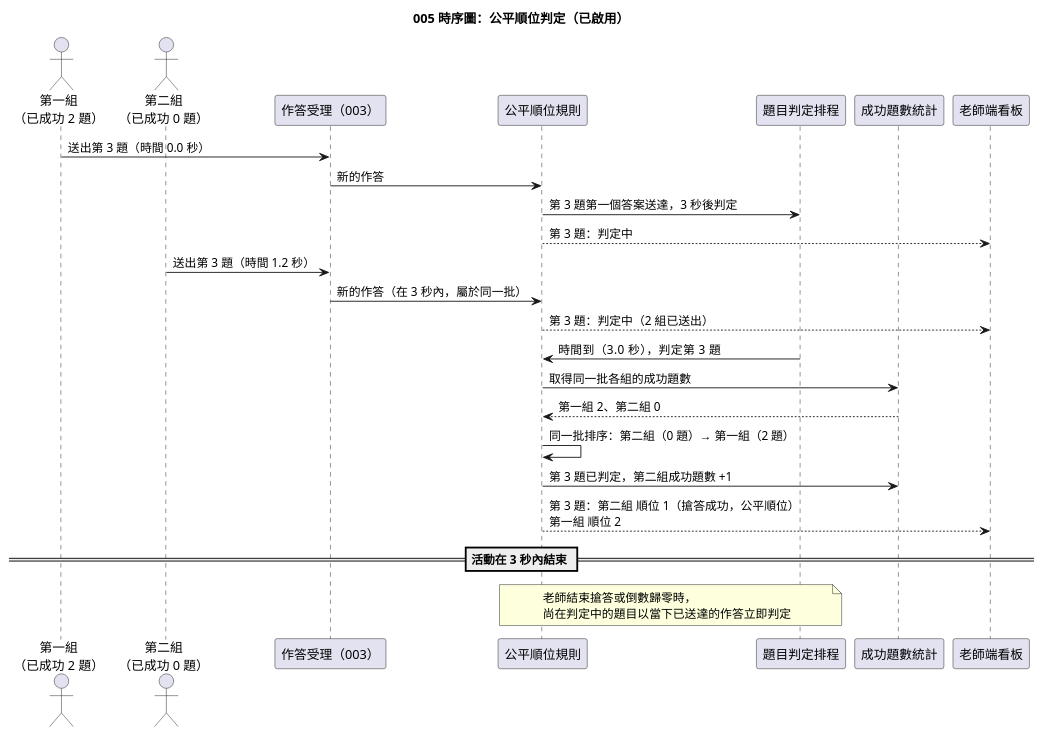
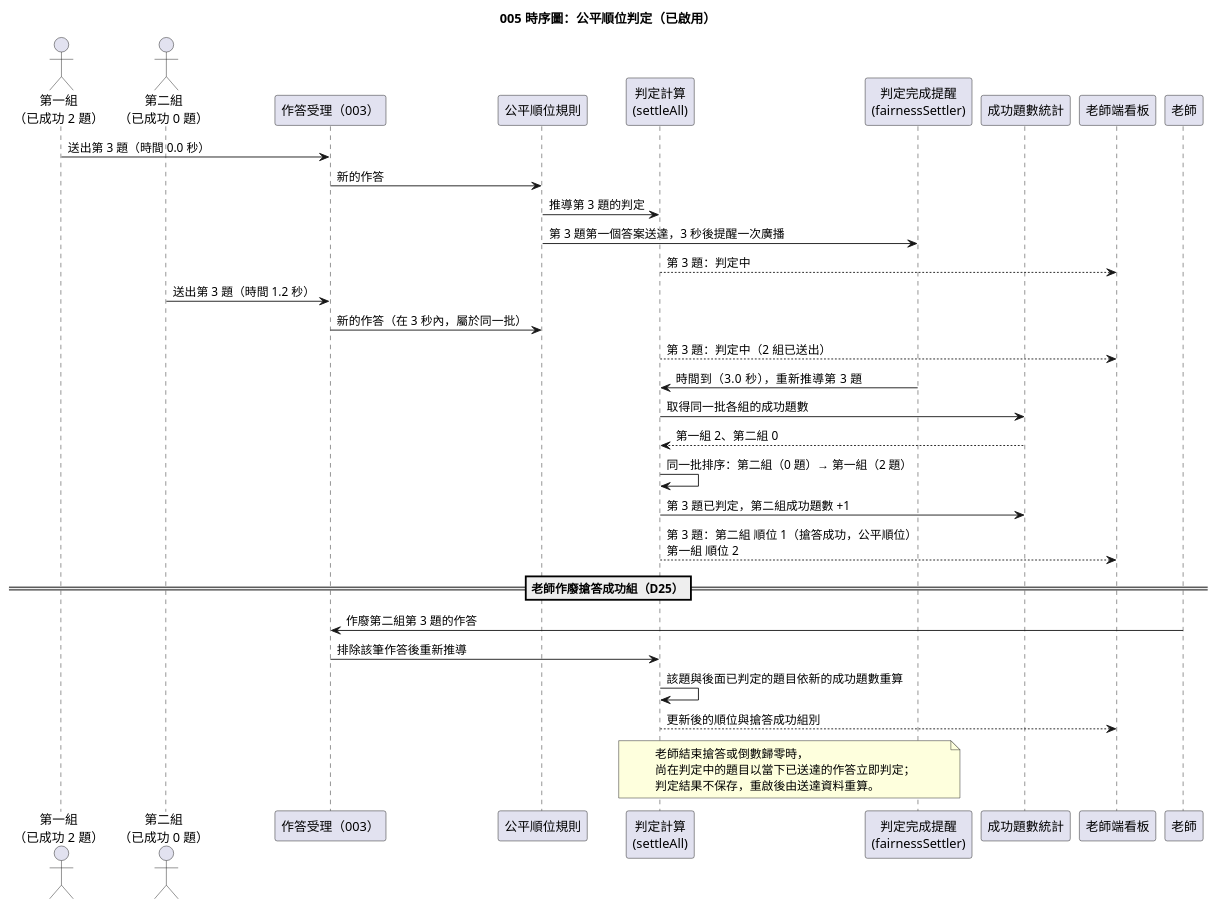
One commit to Danielweng0902/Answering-System_speckit changed the diagram in diagrams/005-fairness-and-extras-seq-fairness.puml. Above: the diagram before and after it, drawn with PlantUML. The commit also changed 82 other files, not shown here.

```diff
--- a/diagrams/005-fairness-and-extras-seq-fairness.puml
+++ b/diagrams/005-fairness-and-extras-seq-fairness.puml
@@ -1,30 +1,37 @@
 @startuml
 title 005 時序圖：公平順位判定（已啟用）
 
 actor "第一組\n（已成功 2 題）" as S1
 actor "第二組\n（已成功 0 題）" as S2
 participant "作答受理（003）" as I
 participant "公平順位規則" as F
-participant "題目判定排程" as Q
+participant "判定計算\n(settleAll)" as C
+participant "判定完成提醒\n(fairnessSettler)" as Q
 participant "成功題數統計" as W
 participant "老師端看板" as T
 
 S1 -> I : 送出第 3 題（時間 0.0 秒）
 I -> F : 新的作答
-F -> Q : 第 3 題第一個答案送達，3 秒後判定
-F --> T : 第 3 題：判定中
+F -> C : 推導第 3 題的判定
+F -> Q : 第 3 題第一個答案送達，3 秒後提醒一次廣播
+C --> T : 第 3 題：判定中
 
 S2 -> I : 送出第 3 題（時間 1.2 秒）
 I -> F : 新的作答（在 3 秒內，屬於同一批）
-F --> T : 第 3 題：判定中（2 組已送出）
+C --> T : 第 3 題：判定中（2 組已送出）
 
-Q -> F : 時間到（3.0 秒），判定第 3 題
-F -> W : 取得同一批各組的成功題數
-W --> F : 第一組 2、第二組 0
-F -> F : 同一批排序：第二組（0 題）→ 第一組（2 題）
-F -> W : 第 3 題已判定，第二組成功題數 +1
-F --> T : 第 3 題：第二組 順位 1（搶答成功，公平順位）\n第一組 順位 2
+Q -> C : 時間到（3.0 秒），重新推導第 3 題
+C -> W : 取得同一批各組的成功題數
+W --> C : 第一組 2、第二組 0
+C -> C : 同一批排序：第二組（0 題）→ 第一組（2 題）
+C -> W : 第 3 題已判定，第二組成功題數 +1
+C --> T : 第 3 題：第二組 順位 1（搶答成功，公平順位）\n第一組 順位 2
 
-== 活動在 3 秒內結束 ==
-note over Q, F : 老師結束搶答或倒數歸零時，\n尚在判定中的題目以當下已送達的作答立即判定
+== 老師作廢搶答成功組（D25）==
+老師 -> I : 作廢第二組第 3 題的作答
+I -> C : 排除該筆作答後重新推導
+C -> C : 該題與後面已判定的題目依新的成功題數重算
+C --> T : 更新後的順位與搶答成功組別
+
+note over Q, C : 老師結束搶答或倒數歸零時，\n尚在判定中的題目以當下已送達的作答立即判定；\n判定結果不保存，重啟後由送達資料重算。
 @enduml
```
